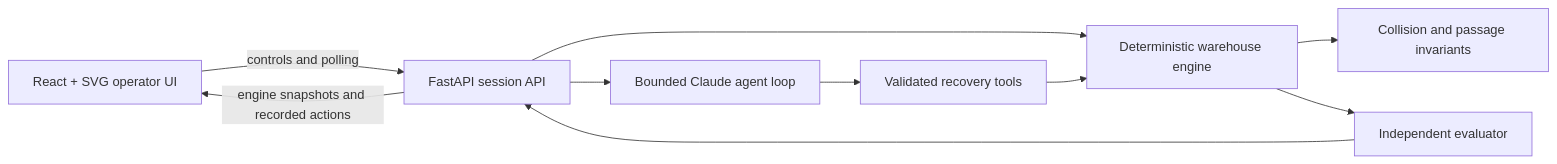
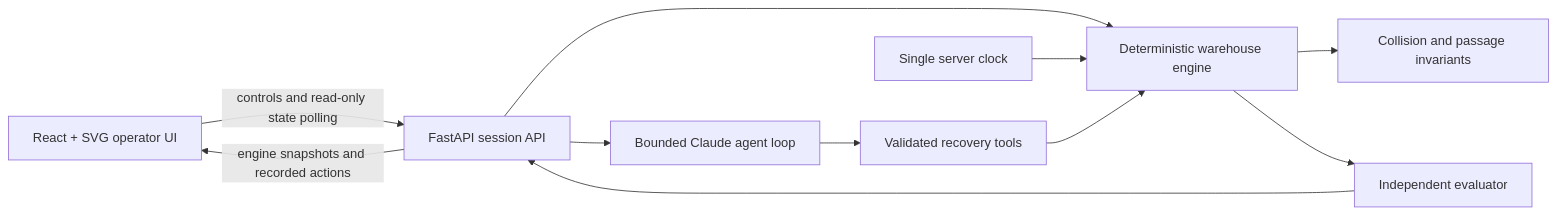
One commit to sara-alsalmi/fleetrescue-agentic-recovery changed the diagram in README.md. Above: the diagram before and after it, drawn with Mermaid. The commit also changed other lines of this file and 5 other files, not shown here.

Commit message:
fix: stabilize simulation flow and guarded recovery

````diff
--- a/README.md
+++ b/README.md
@@ -30,12 +32,13 @@
 ```mermaid
 flowchart LR
-    UI[React + SVG operator UI] -->|controls and polling| API[FastAPI session API]
+    UI[React + SVG operator UI] -->|controls and read-only state polling| API[FastAPI session API]
     API --> Engine[Deterministic warehouse engine]
+    Clock[Single server clock] --> Engine
     API --> Agent[Bounded Claude agent loop]
     Agent --> Tools[Validated recovery tools]
     Tools --> Engine
     Engine --> Safety[Collision and passage invariants]
     Engine --> Evaluator[Independent evaluator]
     Evaluator --> API
     API -->|engine snapshots and recorded actions| UI
 ```
````
